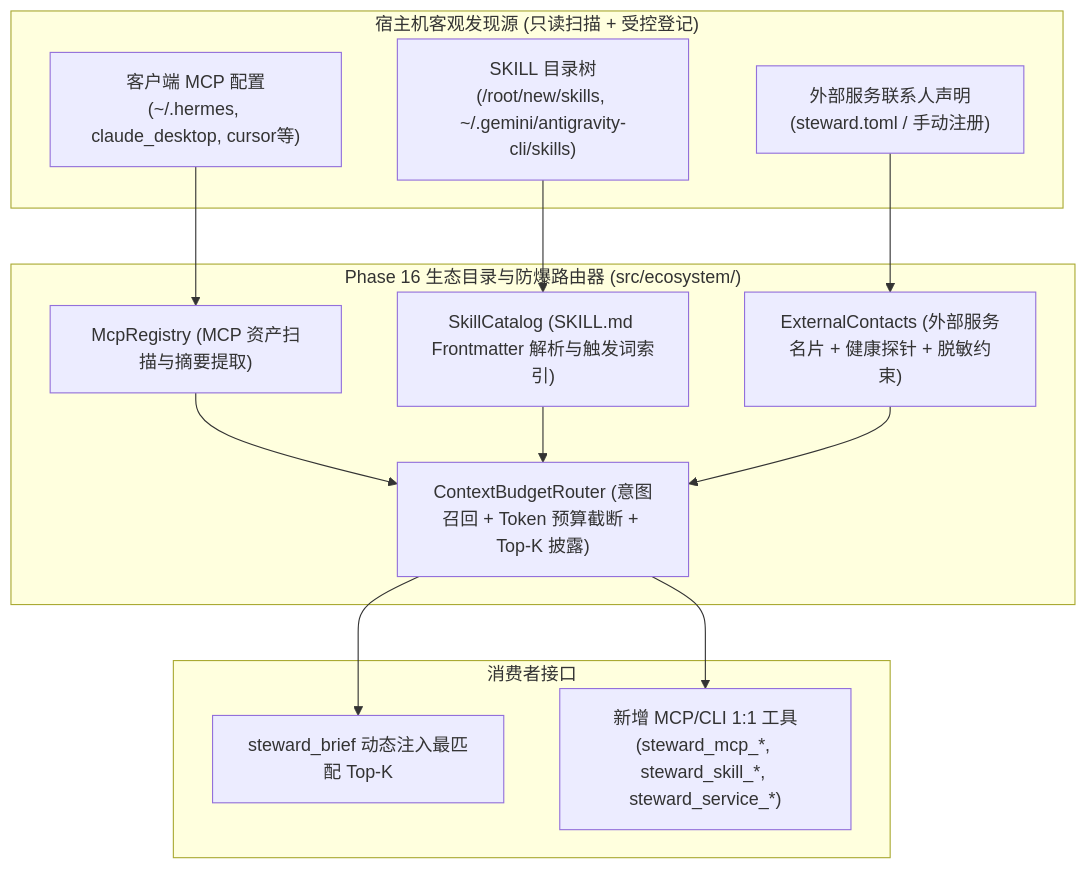
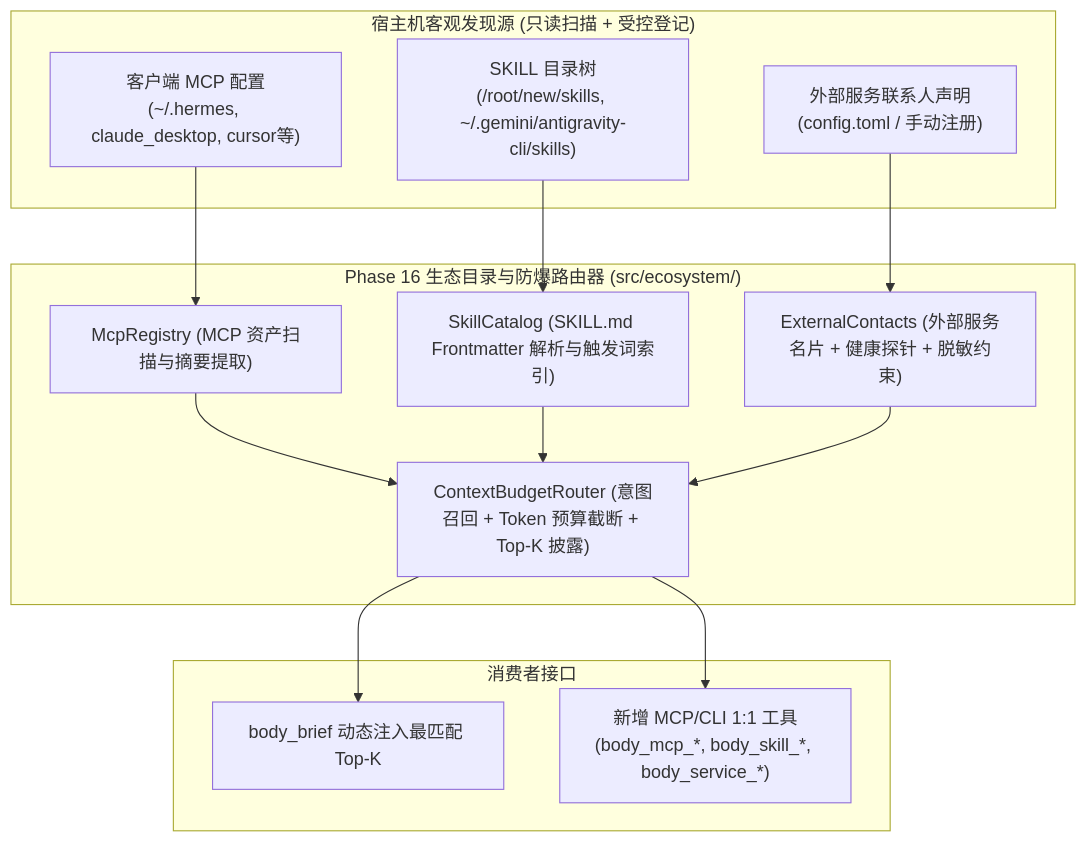
One commit to digoal/agent-body changed the second of 2 diagrams in docs/src_doc/archive/roadmap-phase15-18.md. Above: the diagram before and after it, drawn with Mermaid. The commit also changed other lines of this file and 214 other files, not shown here.

````diff
--- a/docs/src_doc/archive/roadmap-phase15-18.md
+++ b/docs/src_doc/archive/roadmap-phase15-18.md
@@ -123,29 +123,29 @@
 ```mermaid
 flowchart TD
     subgraph Sources["宿主机客观发现源 (只读扫描 + 受控登记)"]
         S1["客户端 MCP 配置<br/>(~/.hermes, claude_desktop, cursor等)"]
         S2["SKILL 目录树<br/>(/root/new/skills, ~/.gemini/antigravity-cli/skills)"]
-        S3["外部服务联系人声明<br/>(steward.toml / 手动注册)"]
+        S3["外部服务联系人声明<br/>(config.toml / 手动注册)"]
     end
 
     subgraph Engine["Phase 16 生态目录与防爆路由器 (src/ecosystem/)"]
         E1["McpRegistry (MCP 资产扫描与摘要提取)"]
         E2["SkillCatalog (SKILL.md Frontmatter 解析与触发词索引)"]
         E3["ExternalContacts (外部服务名片 + 健康探针 + 脱敏约束)"]
         E4["ContextBudgetRouter (意图召回 + Token 预算截断 + Top-K 披露)"]
     end
 
     subgraph Consumers["消费者接口"]
-        C1["steward_brief 动态注入最匹配 Top-K"]
-        C2["新增 MCP/CLI 1:1 工具<br/>(steward_mcp_*, steward_skill_*, steward_service_*)"]
+        C1["body_brief 动态注入最匹配 Top-K"]
+        C2["新增 MCP/CLI 1:1 工具<br/>(body_mcp_*, body_skill_*, body_service_*)"]
     end
 
     S1 --> E1
     S2 --> E2
     S3 --> E3
     E1 --> E4
     E2 --> E4
     E3 --> E4
     E4 --> C1
     E4 --> C2
 ```
````
